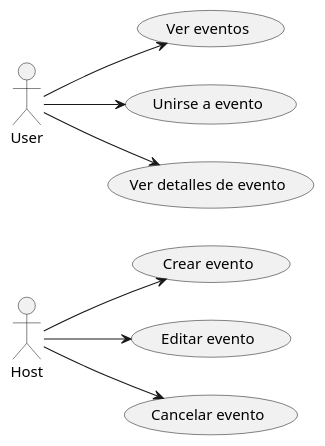
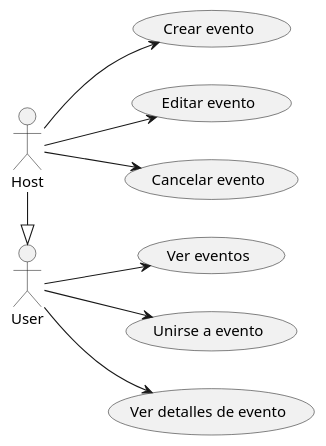
The diagram in modeling/event_management_user_cases.plantuml (EZE404/EventsTracker), drawn with PlantUML before and after one commit. The commit also changed 6 other files, not shown here.

```diff
--- a/modeling/event_management_user_cases.plantuml
+++ b/modeling/event_management_user_cases.plantuml
@@ -1,19 +1,19 @@
 @startuml event management
 left to right direction
 actor Host
 actor User
-
+Host -|> User
 usecase "Crear evento" as UC_CreateEvent
 usecase "Editar evento" as UC_EditEvent
 usecase "Cancelar evento" as UC_CancelEvent
 usecase "Ver eventos" as UC_ViewEvents
 usecase "Unirse a evento" as UC_JoinEvent
 usecase "Ver detalles de evento" as UC_ViewEventDetails
 
 Host --> UC_CreateEvent
 Host --> UC_EditEvent
 Host --> UC_CancelEvent
 User --> UC_ViewEvents
 User --> UC_JoinEvent
 User --> UC_ViewEventDetails
 @enduml
```
